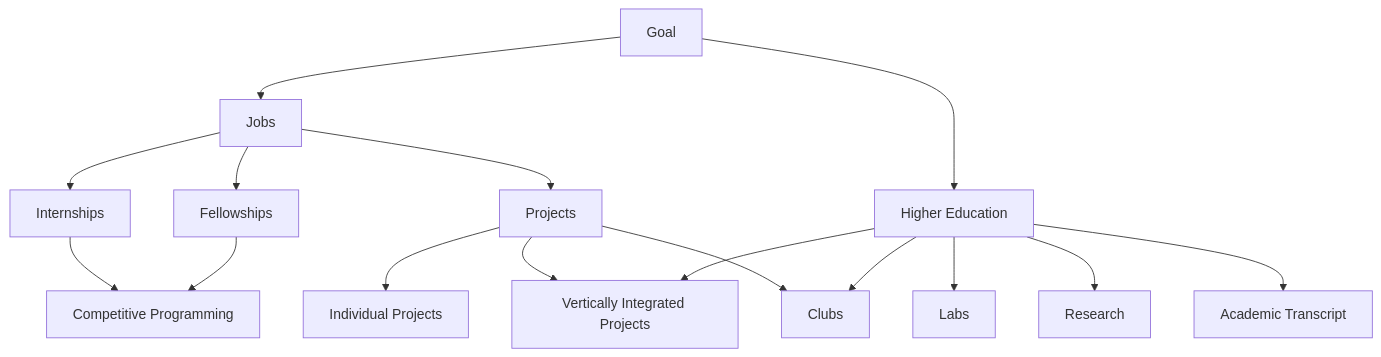
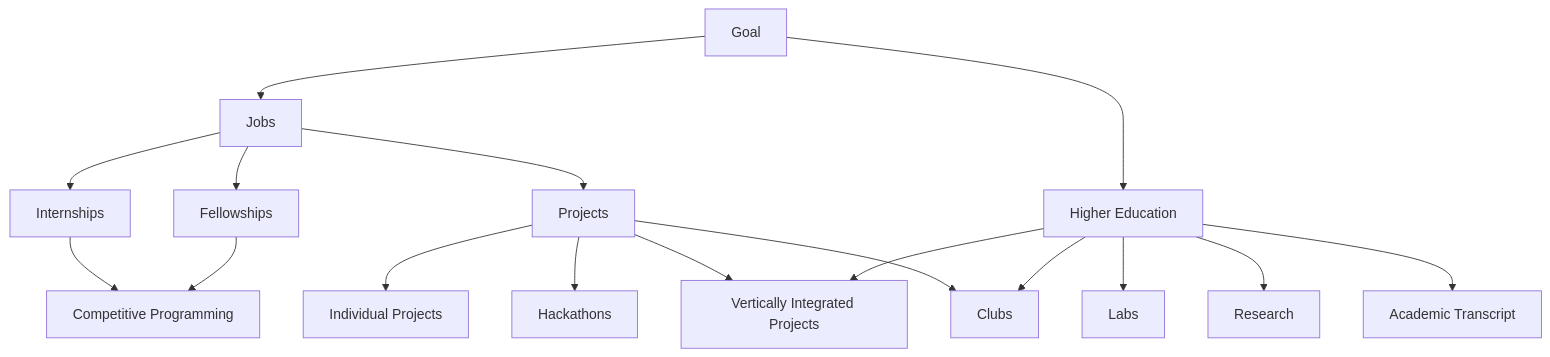
Before and after one commit to BUGS-NYU/nyu-cs-wiki: the diagram in docs/Opportunities/opportunities.md, drawn with Mermaid.

Commit message:
Updated Opportunities diagram

````diff
--- a/docs/Opportunities/opportunities.md
+++ b/docs/Opportunities/opportunities.md
@@ -9,21 +9,22 @@
 ```mermaid
 flowchart TD
     g[Goal] --> j[Jobs]
     g --> r[Higher Education]
 
     j --> internships[Internships]
     j --> fellowships[Fellowships]
     j --> p[Projects]
     p --> ip[Individual Projects]
+    p --> hackathons[Hackathons]
     p --> vip[Vertically Integrated Projects]
     p --> clubs[Clubs]
     
     internships --> cp[Competitive Programming]
     fellowships --> cp
 
     r --> vip
     r --> clubs
     r --> labs[Labs]
     r --> research[Research]
     r --> gpa[Academic Transcript]
 ```
````
